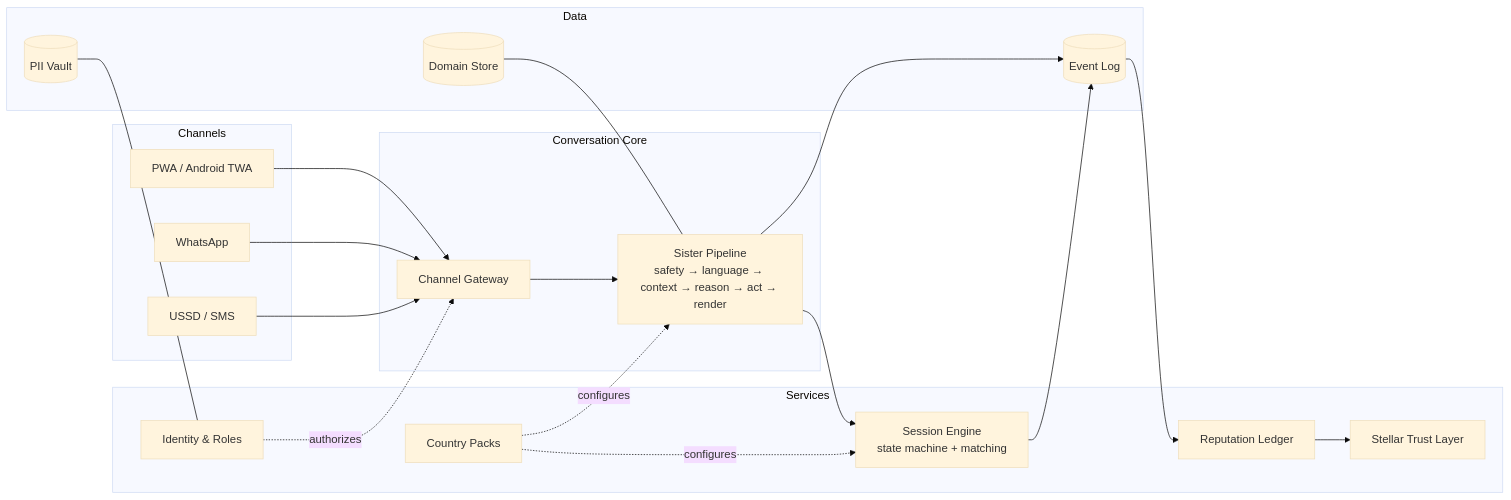
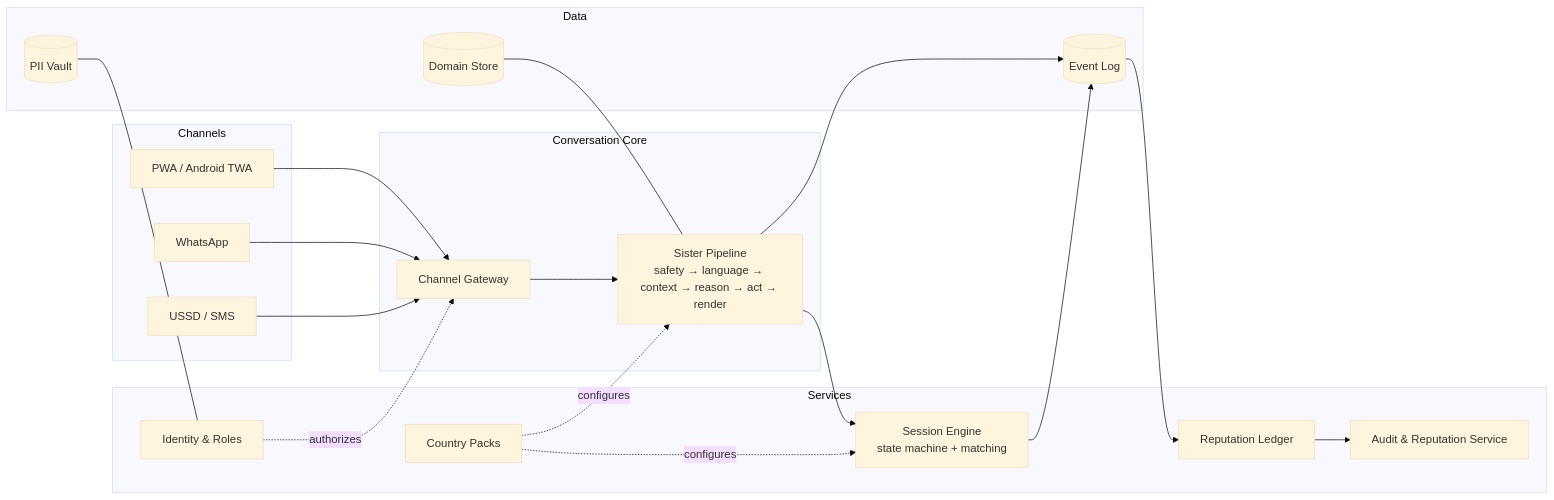
The first of 2 diagrams in docs/ARCHITECTURE_V2.md (RockieRaheem/SisterCare), drawn with Mermaid (base theme) before and after one commit. The commit also changed other lines of this file and 12 other files, not shown here.

Commit message:
Remove Stellar integration and adopt private audit ledgers

````diff
--- a/docs/ARCHITECTURE_V2.md
+++ b/docs/ARCHITECTURE_V2.md
@@ -46,42 +46,42 @@
 ```mermaid
 flowchart LR
     subgraph Channels
         PWA[PWA / Android TWA]
         WA[WhatsApp]
         USSD[USSD / SMS]
     end
 
     subgraph Core["Conversation Core"]
         GW[Channel Gateway]
         PIPE[Sister Pipeline<br/>safety → language → context → reason → act → render]
     end
 
     subgraph Services
         SESS[Session Engine<br/>state machine + matching]
         ID[Identity & Roles]
         REP[Reputation Ledger]
-        TRUST[Stellar Trust Layer]
+        AUDIT[Audit & Reputation Service]
         PACK[Country Packs]
     end
 
     subgraph Data
         EVENTS[(Event Log)]
         STORE[(Domain Store)]
         VAULT[(PII Vault)]
     end
 
     PWA --> GW
     WA --> GW
     USSD --> GW
     GW --> PIPE
     PIPE --> SESS
     PIPE --> EVENTS
     SESS --> EVENTS
     EVENTS --> REP
-    REP --> TRUST
+    REP --> AUDIT
     PACK -.configures.-> PIPE
     PACK -.configures.-> SESS
     ID -.authorizes.-> GW
     STORE --- PIPE
     VAULT --- ID
 ```
````
